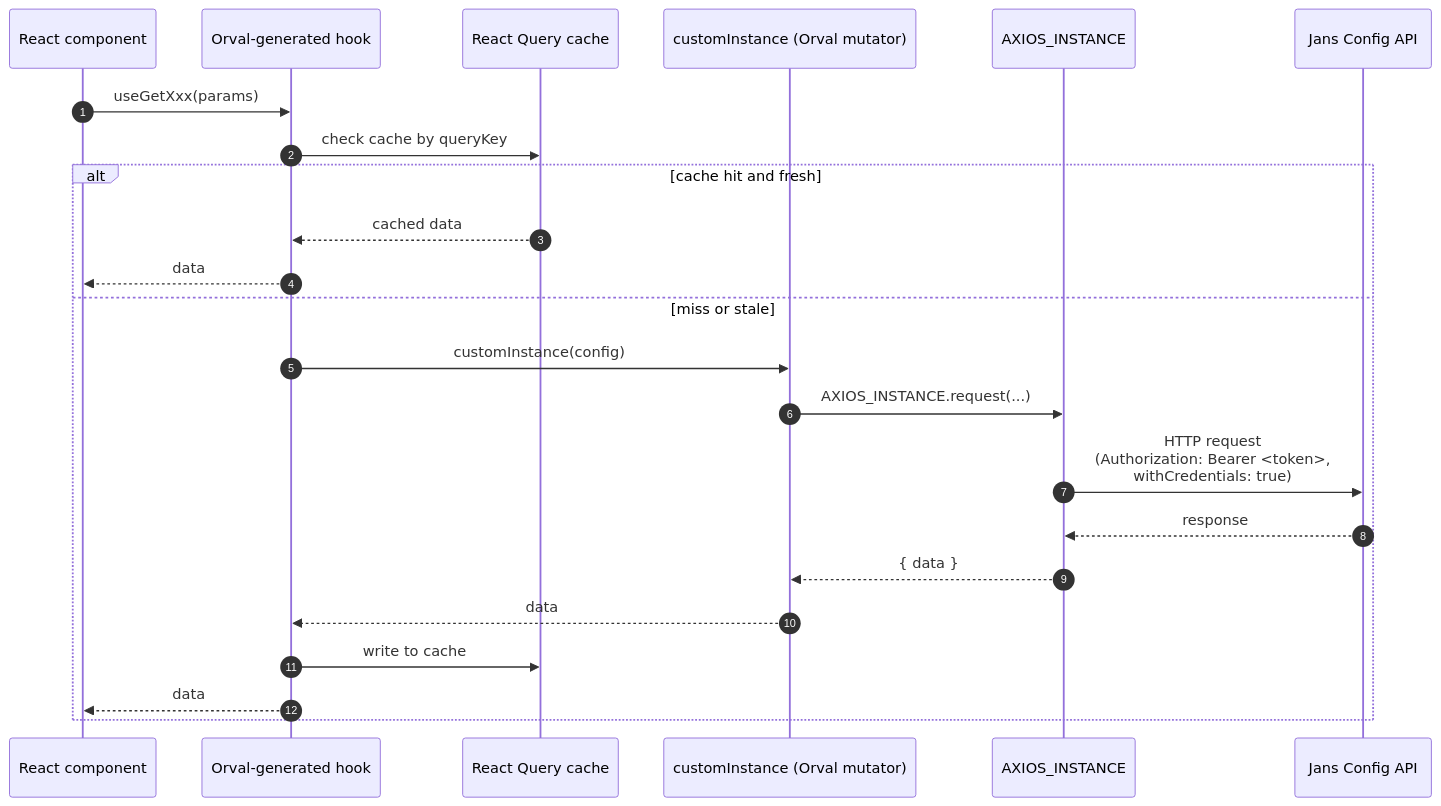
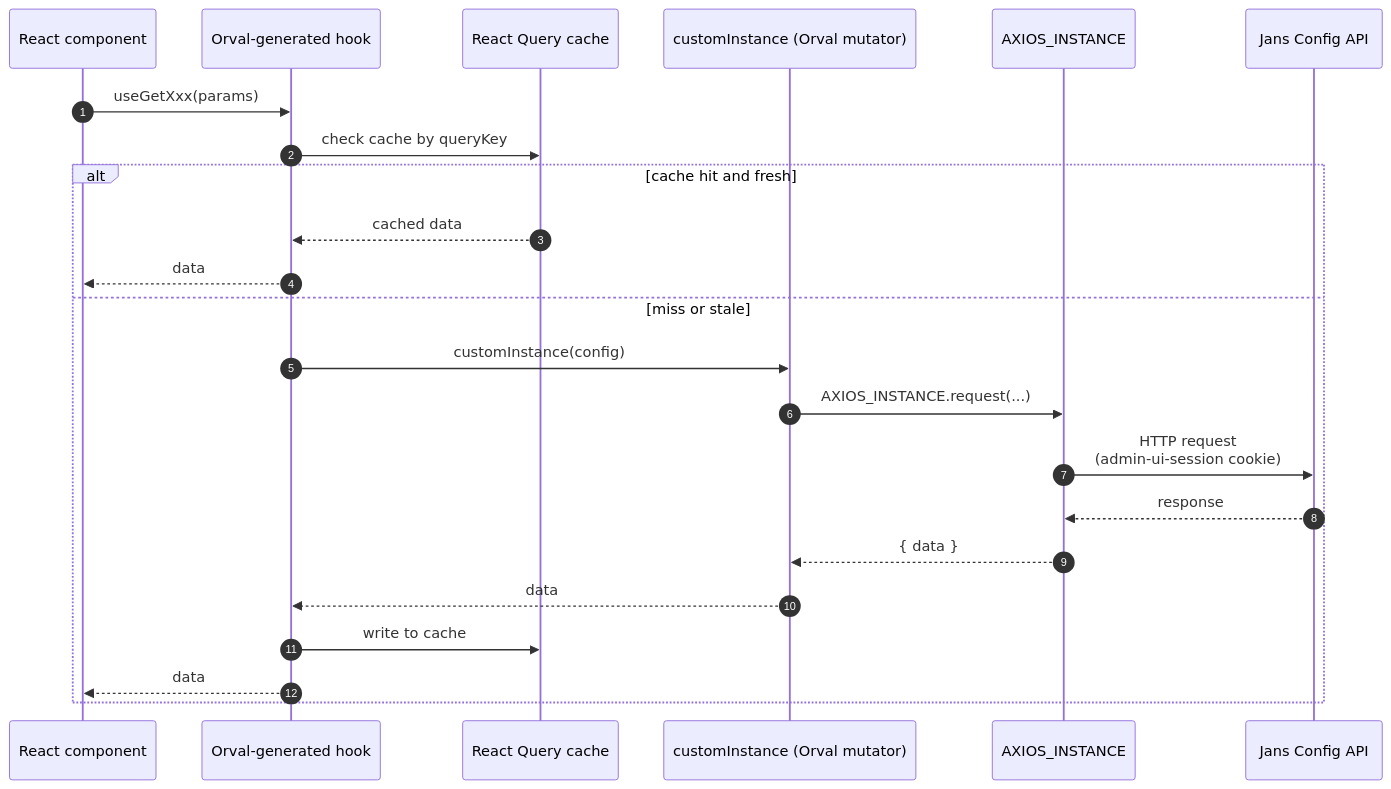
The diagram in admin-ui/docs/config-api.md (GluuFederation/flex), drawn with Mermaid before and after one commit. The commit also changed other lines of this file and 1 other file, not shown here.

````diff
--- a/admin-ui/docs/config-api.md
+++ b/admin-ui/docs/config-api.md
@@ -21,26 +21,26 @@
 ```mermaid
 sequenceDiagram
     autonumber
     participant Comp as React component
     participant Hook as Orval-generated hook
     participant RQ as React Query cache
     participant Mutator as customInstance (Orval mutator)
     participant Axios as AXIOS_INSTANCE
     participant API as Jans Config API
 
     Comp->>Hook: useGetXxx(params)
     Hook->>RQ: check cache by queryKey
     alt cache hit and fresh
         RQ-->>Hook: cached data
         Hook-->>Comp: data
     else miss or stale
         Hook->>Mutator: customInstance(config)
         Mutator->>Axios: AXIOS_INSTANCE.request(...)
-        Axios->>API: HTTP request<br/>(Authorization: Bearer <token>,<br/>withCredentials: true)
+        Axios->>API: HTTP request<br/>(admin-ui-session cookie)
         API-->>Axios: response
         Axios-->>Mutator: { data }
         Mutator-->>Hook: data
         Hook->>RQ: write to cache
         Hook-->>Comp: data
     end
 ```
````
